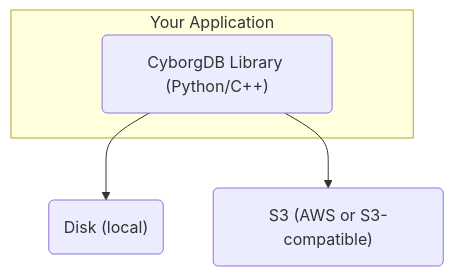
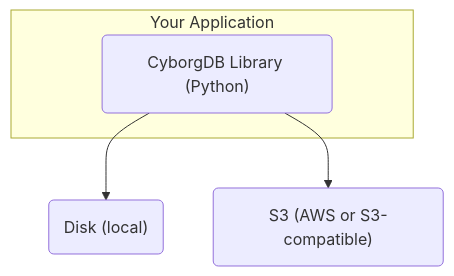
Before and after one commit to cyborginc/cyborgdb-docs: the diagram in versions/next/embedded/guides/intro/about.mdx, drawn with Mermaid. The commit also changed other lines of this file and 37 other files, not shown here.

````diff
--- a/versions/next/embedded/guides/intro/about.mdx
+++ b/versions/next/embedded/guides/intro/about.mdx
@@ -48,9 +48,9 @@
 ```mermaid
 flowchart TB
   subgraph Your_Applications [Your Application]
-    Library("CyborgDB Library (Python/C++)")
+    Library("CyborgDB Library (Python)")
   end
 
   Library --> Disk("Disk (local)")
   Library --> S3("S3 (AWS or S3-compatible)")
 ```
````
